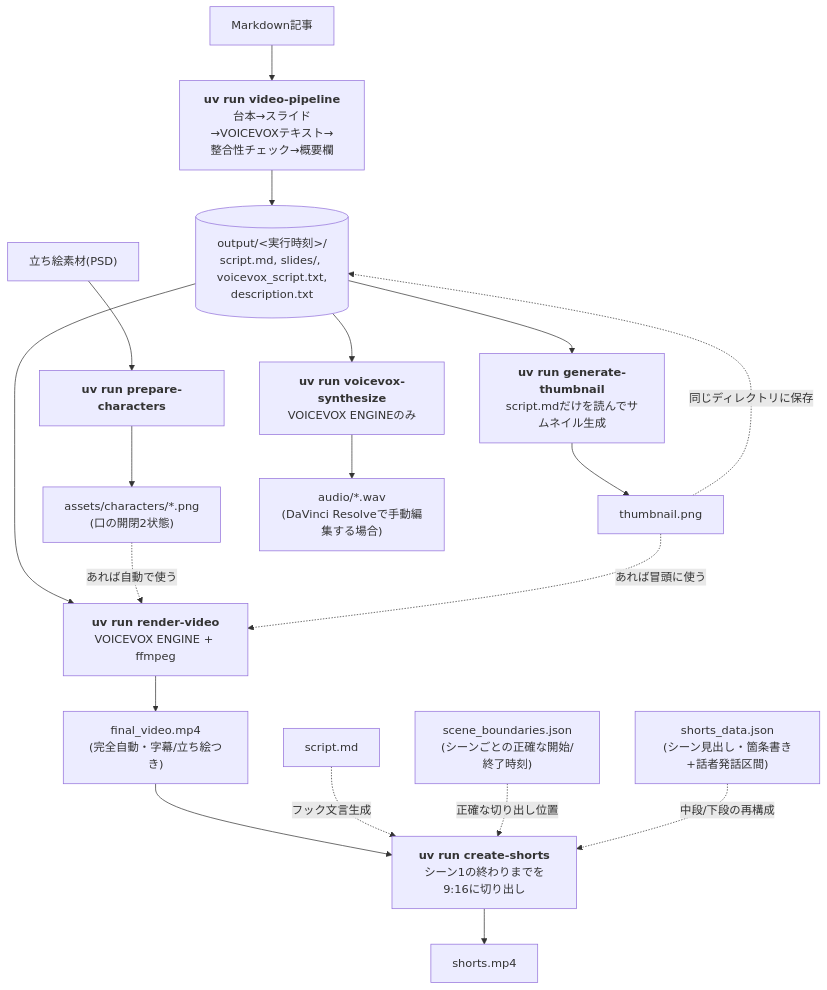
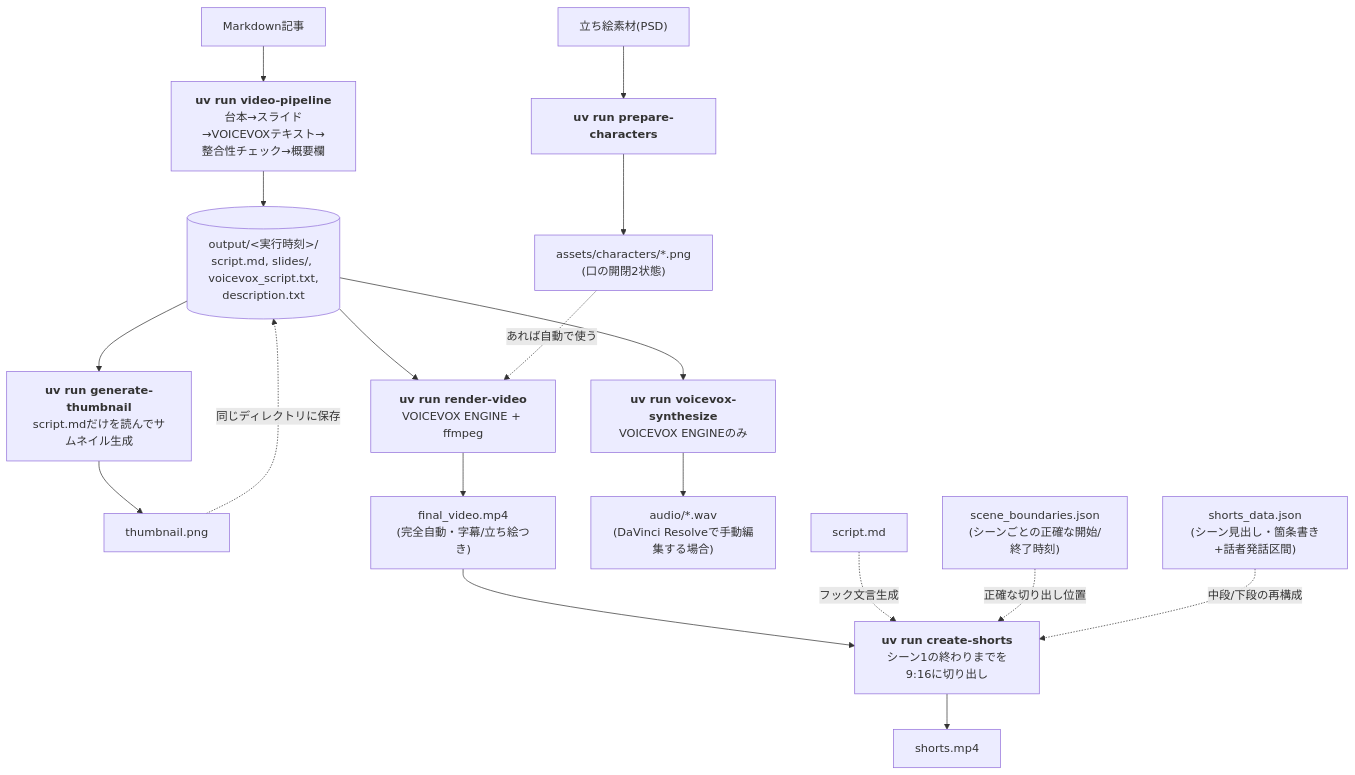
Before and after one commit to Ken-kichi/video-pipeline: the first of 3 diagrams in README.md, drawn with Mermaid. The commit also changed other lines of this file and 2 other files, not shown here.

````diff
--- a/README.md
+++ b/README.md
@@ -52,26 +52,25 @@
 ```mermaid
 flowchart TD
     Article["Markdown記事"] --> VP["<b>uv run video-pipeline</b><br/>台本→スライド→VOICEVOXテキスト→<br/>整合性チェック→概要欄"]
     VP --> Out[("output/&lt;実行時刻&gt;/<br/>script.md, slides/, voicevox_script.txt,<br/>description.txt")]
 
     Out --> GT["<b>uv run generate-thumbnail</b><br/>script.mdだけを読んでサムネイル生成"]
     GT --> Thumb["thumbnail.png"]
     Thumb -.同じディレクトリに保存.-> Out
 
     PSD["立ち絵素材(PSD)"] --> PC["<b>uv run prepare-characters</b>"]
     PC --> Assets["assets/characters/*.png<br/>(口の開閉2状態)"]
 
     Out --> RV["<b>uv run render-video</b><br/>VOICEVOX ENGINE + ffmpeg"]
     Assets -.あれば自動で使う.-> RV
-    Thumb -.あれば冒頭に使う.-> RV
     RV --> Final["final_video.mp4<br/>(完全自動・字幕/立ち絵つき)"]
 
     Out --> VS["<b>uv run voicevox-synthesize</b><br/>VOICEVOX ENGINEのみ"]
     VS --> Wav["audio/*.wav<br/>(DaVinci Resolveで手動編集する場合)"]
 
     Final --> CS["<b>uv run create-shorts</b><br/>シーン1の終わりまでを9:16に切り出し"]
     Script["script.md"] -.フック文言生成.-> CS
     Bounds["scene_boundaries.json<br/>(シーンごとの正確な開始/終了時刻)"] -.正確な切り出し位置.-> CS
     ShortsData["shorts_data.json<br/>(シーン見出し・箇条書き+話者発話区間)"] -.中段/下段の再構成.-> CS
     CS --> Shorts["shorts.mp4"]
 ```
````
